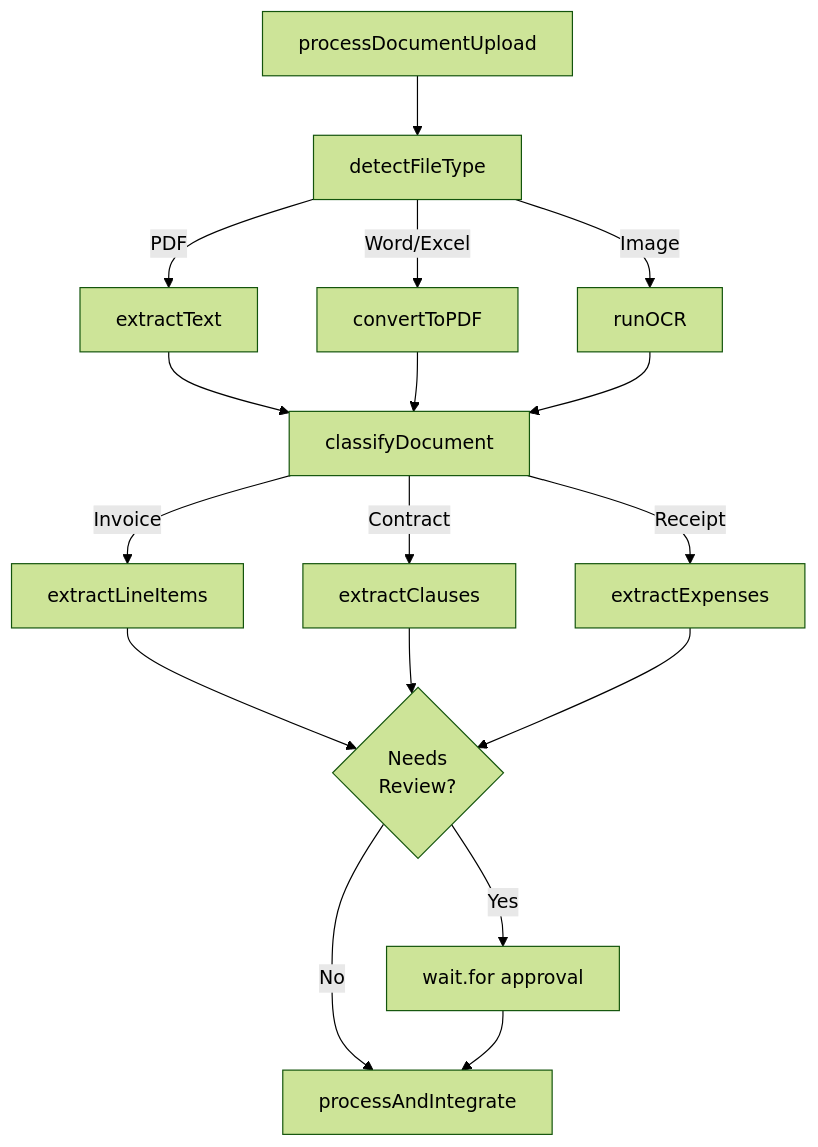
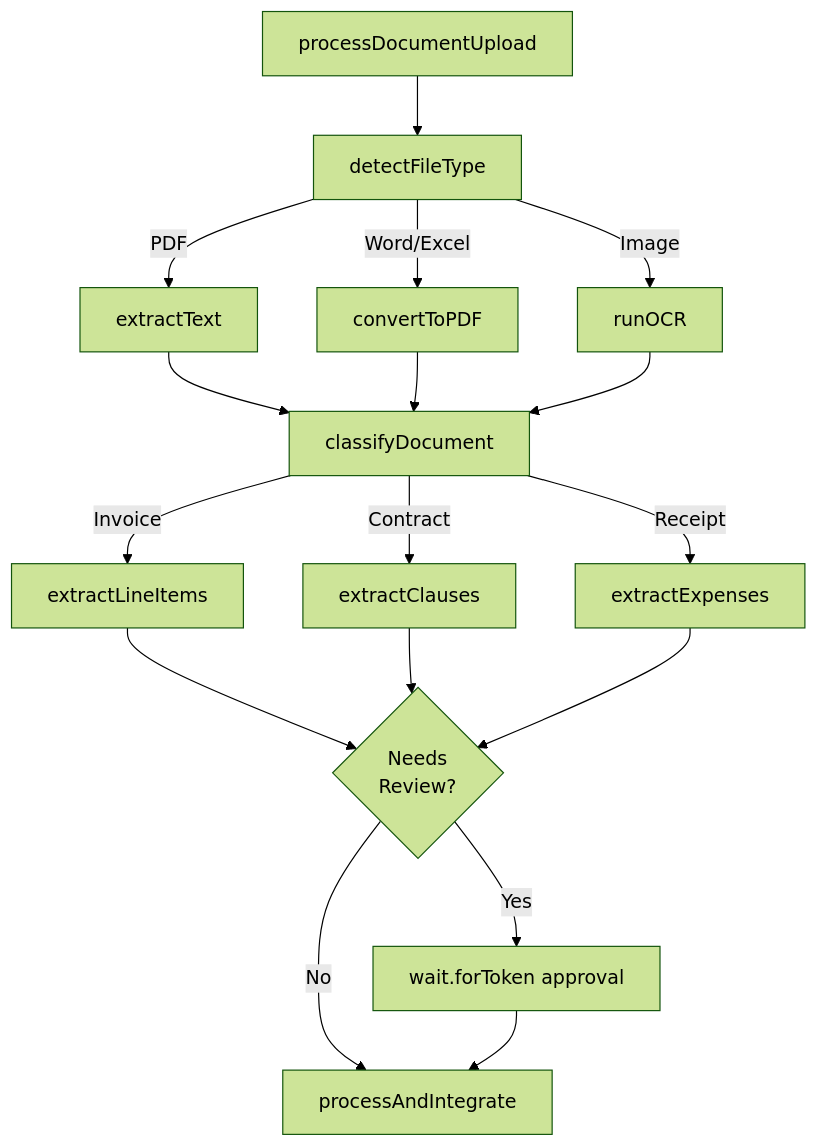
The fifth of 5 diagrams in docs/guides/use-cases/media-processing.mdx (triggerdotdev/trigger.dev), drawn with Mermaid (forest theme) before and after one commit. The commit also changed 1 other file, not shown here.

Commit message:
Corrected workflow

````diff
--- a/docs/guides/use-cases/media-processing.mdx
+++ b/docs/guides/use-cases/media-processing.mdx
@@ -162,24 +162,24 @@
 ```mermaid
 graph TB
     A[processDocumentUpload] --> B[detectFileType]
 
     B -->|PDF| C[extractText]
     B -->|Word/Excel| D[convertToPDF]
     B -->|Image| E[runOCR]
 
     C --> F[classifyDocument]
     D --> F
     E --> F
 
     F -->|Invoice| G[extractLineItems]
     F -->|Contract| H[extractClauses]
     F -->|Receipt| I[extractExpenses]
 
     G --> J{Needs<br/>Review?}
     H --> J
     I --> J
 
-    J -->|Yes| K[wait.for approval]
+    J -->|Yes| K[wait.forToken approval]
     J -->|No| L[processAndIntegrate]
     K --> L
 ```
````
